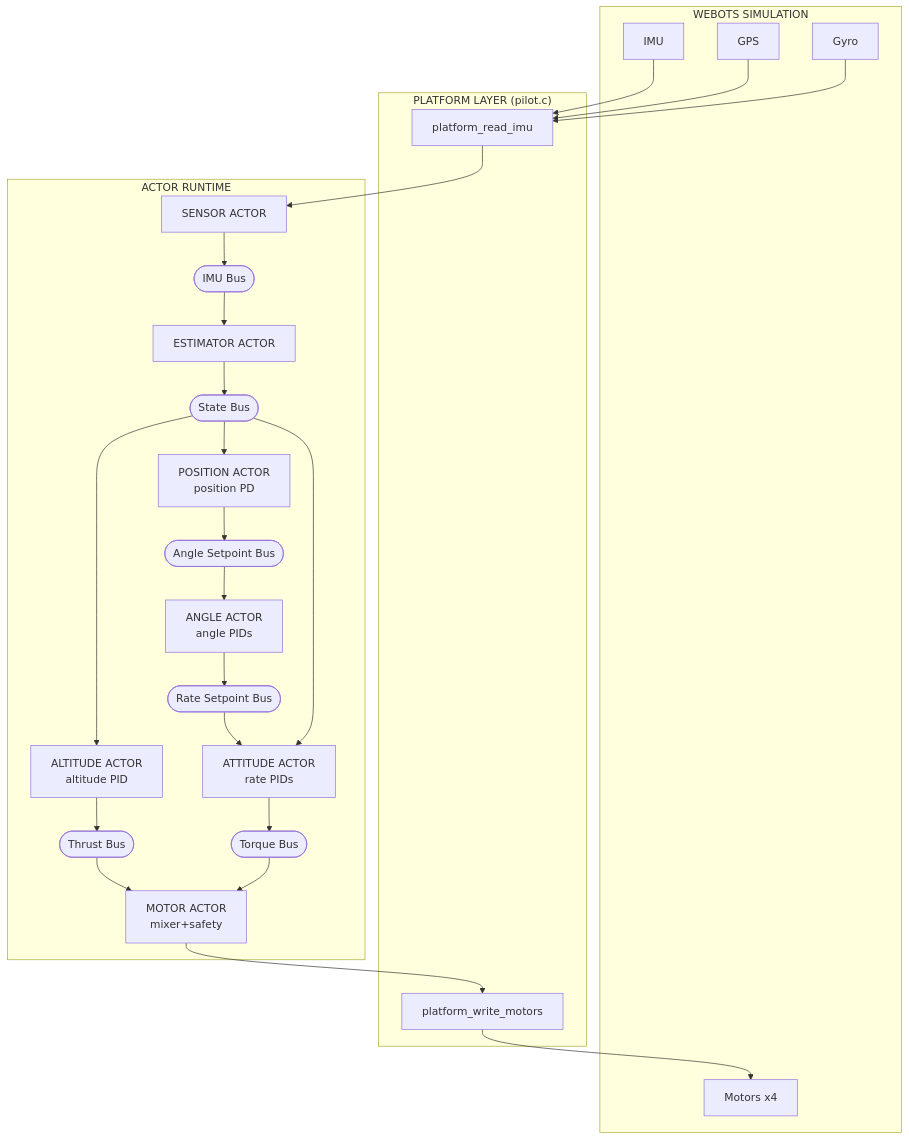
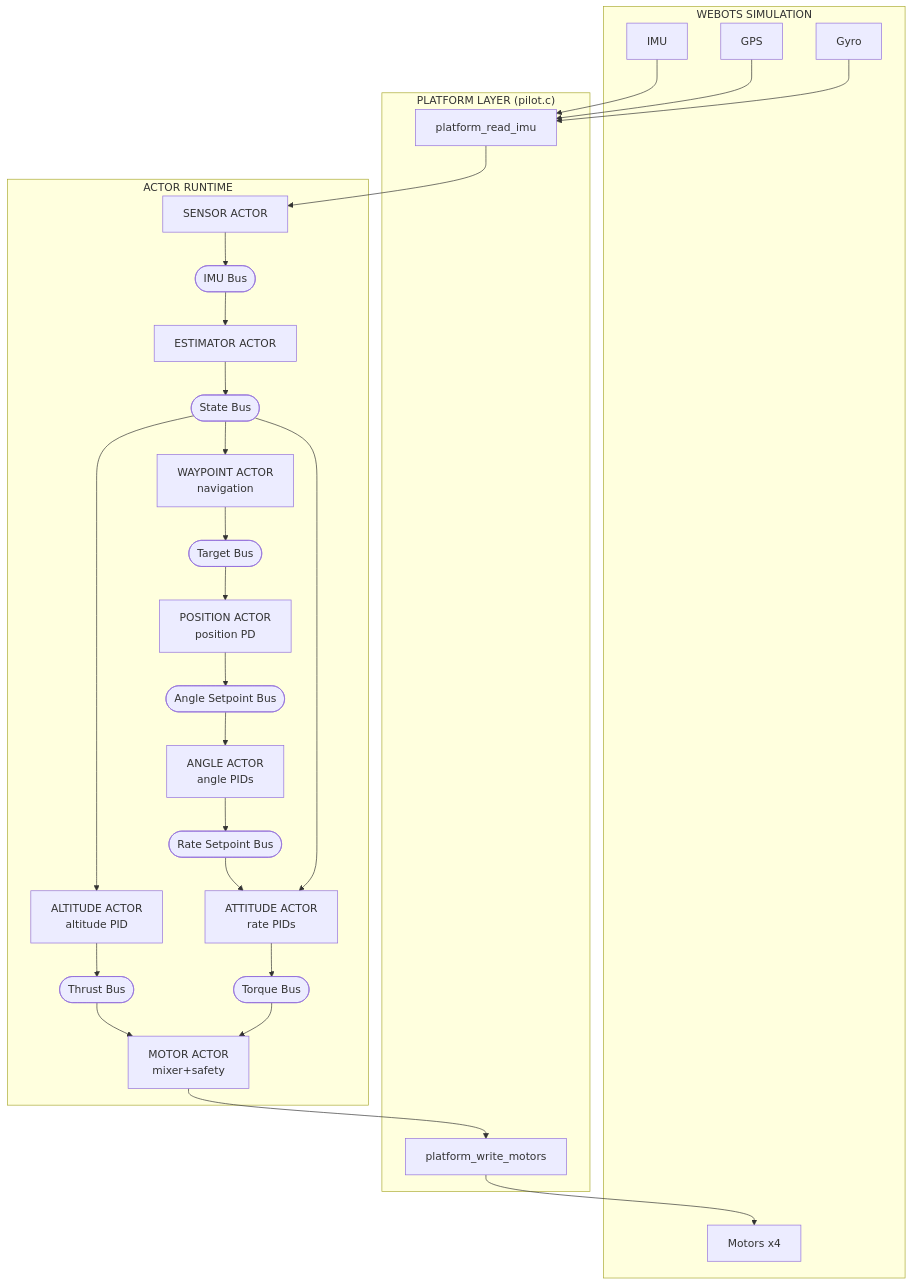
Before and after one commit to joagre/rt: the first of 3 diagrams in examples/pilot/SPEC.md, drawn with Mermaid. The commit also changed other lines of this file and 1 other file, not shown here.

First line of the commit message:
Update pilot documentation with waypoint navigation

````diff
--- a/examples/pilot/SPEC.md
+++ b/examples/pilot/SPEC.md
@@ -66,46 +67,48 @@
 ```mermaid
 graph TB
     subgraph WEBOTS["WEBOTS SIMULATION"]
         IMU[IMU]
         GPS[GPS]
         Gyro[Gyro]
         Motors[Motors x4]
     end
 
     subgraph PLATFORM["PLATFORM LAYER (pilot.c)"]
         ReadIMU[platform_read_imu]
         WriteMotors[platform_write_motors]
     end
 
     subgraph RUNTIME["ACTOR RUNTIME"]
         Sensor[SENSOR ACTOR]
         IMUBus([IMU Bus])
         Estimator[ESTIMATOR ACTOR]
         StateBus([State Bus])
 
         Altitude[ALTITUDE ACTOR<br/>altitude PID]
+        Waypoint[WAYPOINT ACTOR<br/>navigation]
+        TargetBus([Target Bus])
         Position[POSITION ACTOR<br/>position PD]
         Attitude[ATTITUDE ACTOR<br/>rate PIDs]
 
         ThrustBus([Thrust Bus])
         AngleSPBus([Angle Setpoint Bus])
         Angle[ANGLE ACTOR<br/>angle PIDs]
         RateSPBus([Rate Setpoint Bus])
         TorqueBus([Torque Bus])
         Motor[MOTOR ACTOR<br/>mixer+safety]
     end
 
     IMU --> ReadIMU
     GPS --> ReadIMU
     Gyro --> ReadIMU
     WriteMotors --> Motors
 
     ReadIMU --> Sensor
     Sensor --> IMUBus --> Estimator --> StateBus
 
     StateBus --> Altitude --> ThrustBus --> Motor
-    StateBus --> Position --> AngleSPBus --> Angle --> RateSPBus --> Attitude
+    StateBus --> Waypoint --> TargetBus --> Position --> AngleSPBus --> Angle --> RateSPBus --> Attitude
     StateBus --> Attitude --> TorqueBus --> Motor
 
     Motor --> WriteMotors
 ```
````
